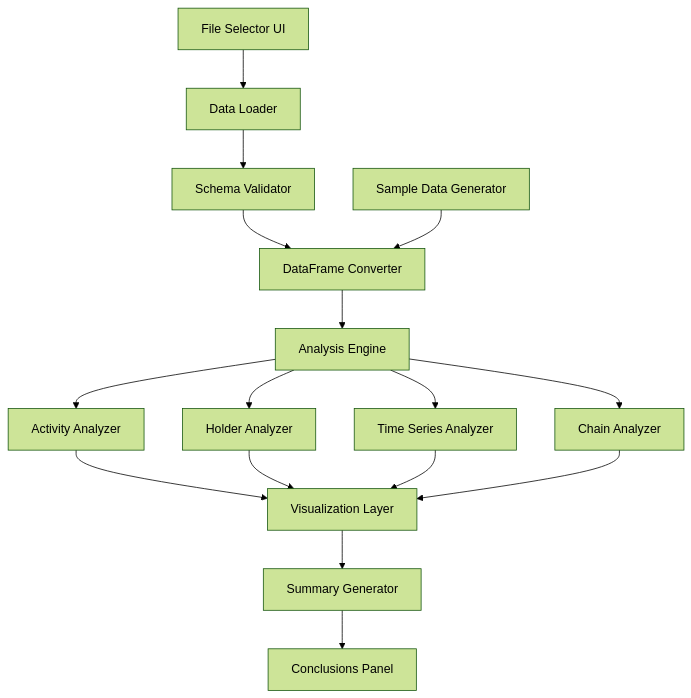
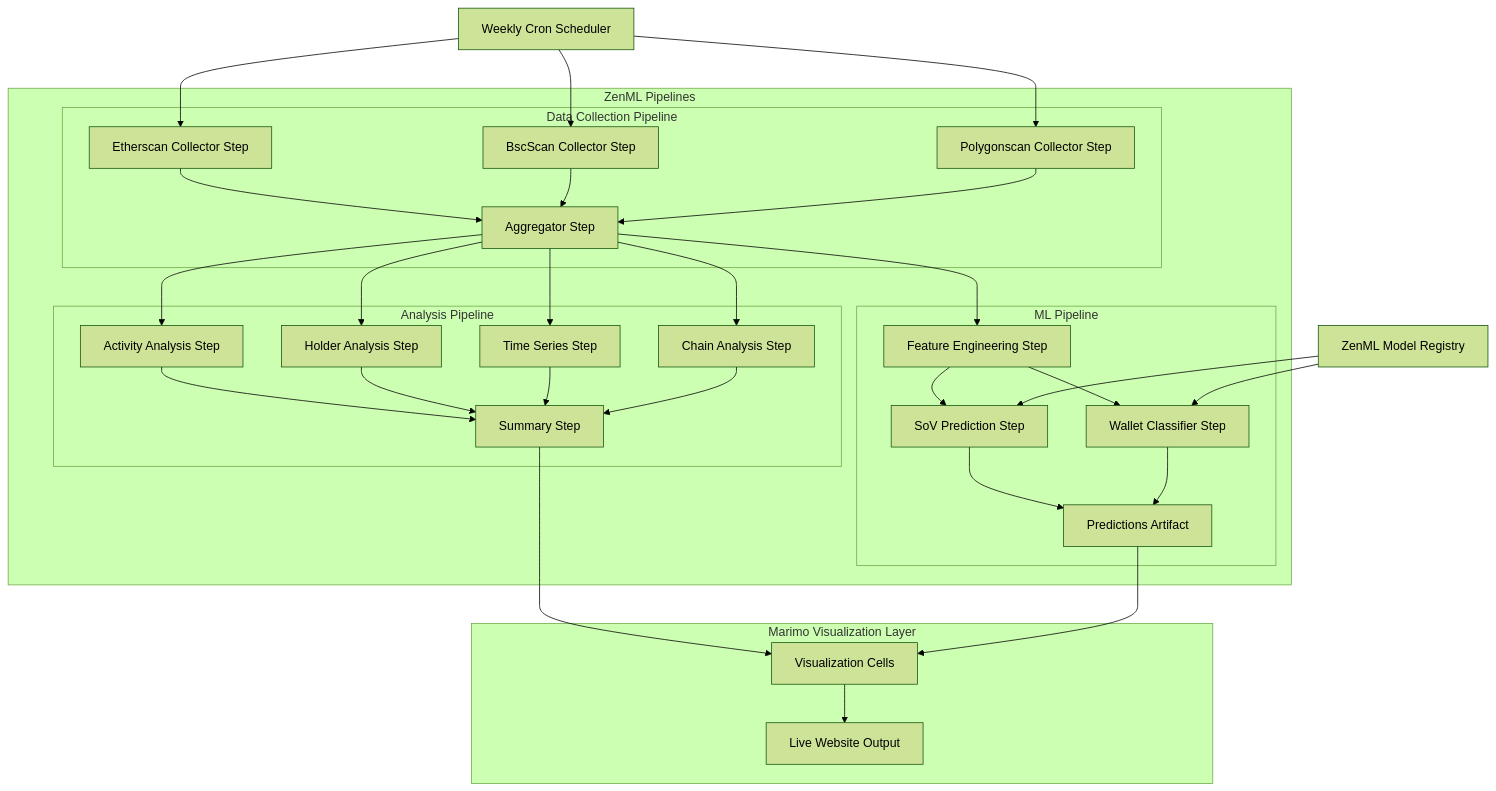
Before and after one commit to JAaron93/AgenticBlockchainExplorer: the diagram in .kiro/specs/stablecoin-analysis-notebook/design.md, drawn with Mermaid (forest theme). The commit also changed other lines of this file and 4 other files, not shown here.

First line of the commit message:
docs(specs): Updates stablecoin analysis design with ZenML integration

````diff
--- a/.kiro/specs/stablecoin-analysis-notebook/design.md
+++ b/.kiro/specs/stablecoin-analysis-notebook/design.md
@@ -13,19 +17,46 @@
 ```mermaid
 graph TD
-    A[File Selector UI] --> B[Data Loader]
-    B --> C[Schema Validator]
-    C --> D[DataFrame Converter]
-    D --> E[Analysis Engine]
-    E --> F[Activity Analyzer]
-    E --> G[Holder Analyzer]
-    E --> H[Time Series Analyzer]
-    E --> I[Chain Analyzer]
-    F --> J[Visualization Layer]
-    G --> J
-    H --> J
-    I --> J
-    J --> K[Summary Generator]
-    K --> L[Conclusions Panel]
+    subgraph "ZenML Pipelines"
+        subgraph "Data Collection Pipeline"
+            C1[Etherscan Collector Step]
+            C2[BscScan Collector Step]
+            C3[Polygonscan Collector Step]
+            AGG[Aggregator Step]
+            C1 --> AGG
+            C2 --> AGG
+            C3 --> AGG
+        end
+        
+        subgraph "Analysis Pipeline"
+            AGG --> AN1[Activity Analysis Step]
+            AGG --> AN2[Holder Analysis Step]
+            AGG --> AN3[Time Series Step]
+            AGG --> AN4[Chain Analysis Step]
+            AN1 --> SUM[Summary Step]
+            AN2 --> SUM
+            AN3 --> SUM
+            AN4 --> SUM
+        end
+        
+        subgraph "ML Pipeline"
+            AGG --> FE[Feature Engineering Step]
+            FE --> SOV[SoV Prediction Step]
+            FE --> WBC[Wallet Classifier Step]
+            SOV --> PRED[Predictions Artifact]
+            WBC --> PRED
+        end
+    end
     
-    M[Sample Data Generator] --> D
+    subgraph "Marimo Visualization Layer"
+        SUM --> VIZ[Visualization Cells]
+        PRED --> VIZ
+        VIZ --> WEB[Live Website Output]
+    end
+    
+    CRON[Weekly Cron Scheduler] --> C1
+    CRON --> C2
+    CRON --> C3
+    
+    REG[ZenML Model Registry] --> SOV
+    REG --> WBC
 ```
````
